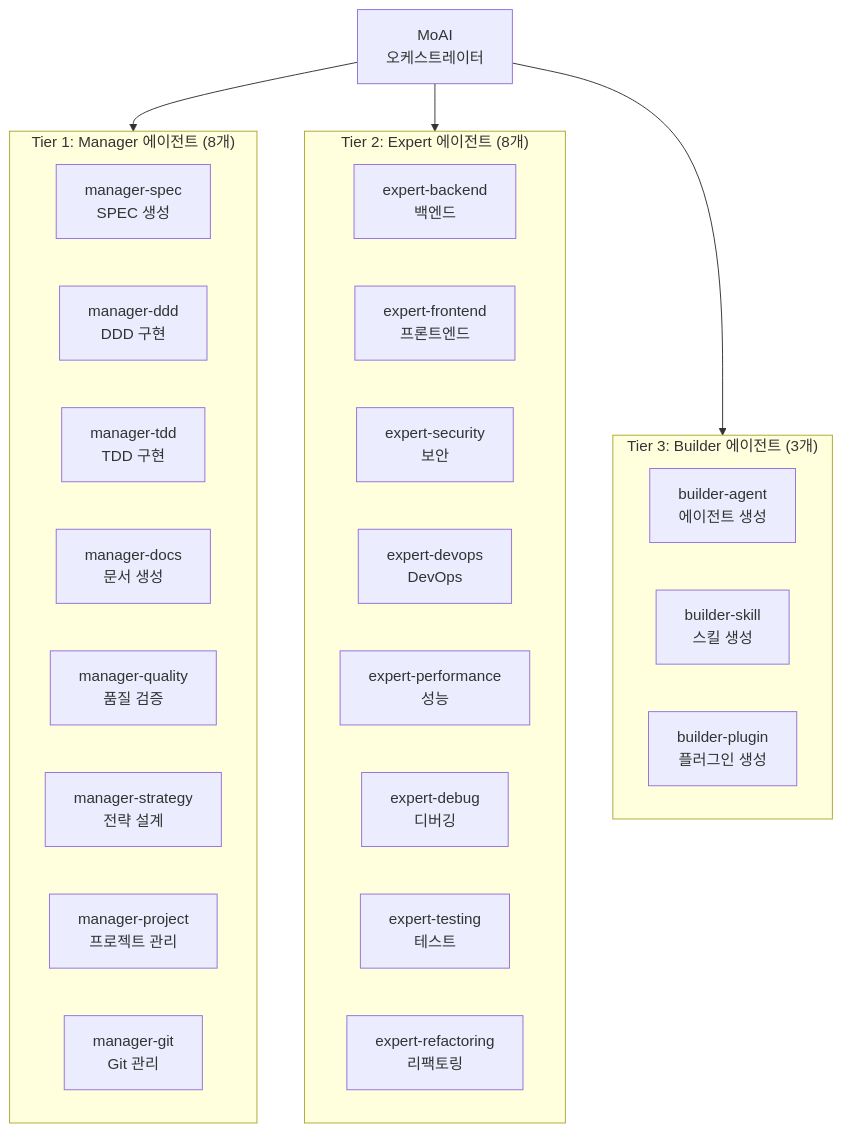
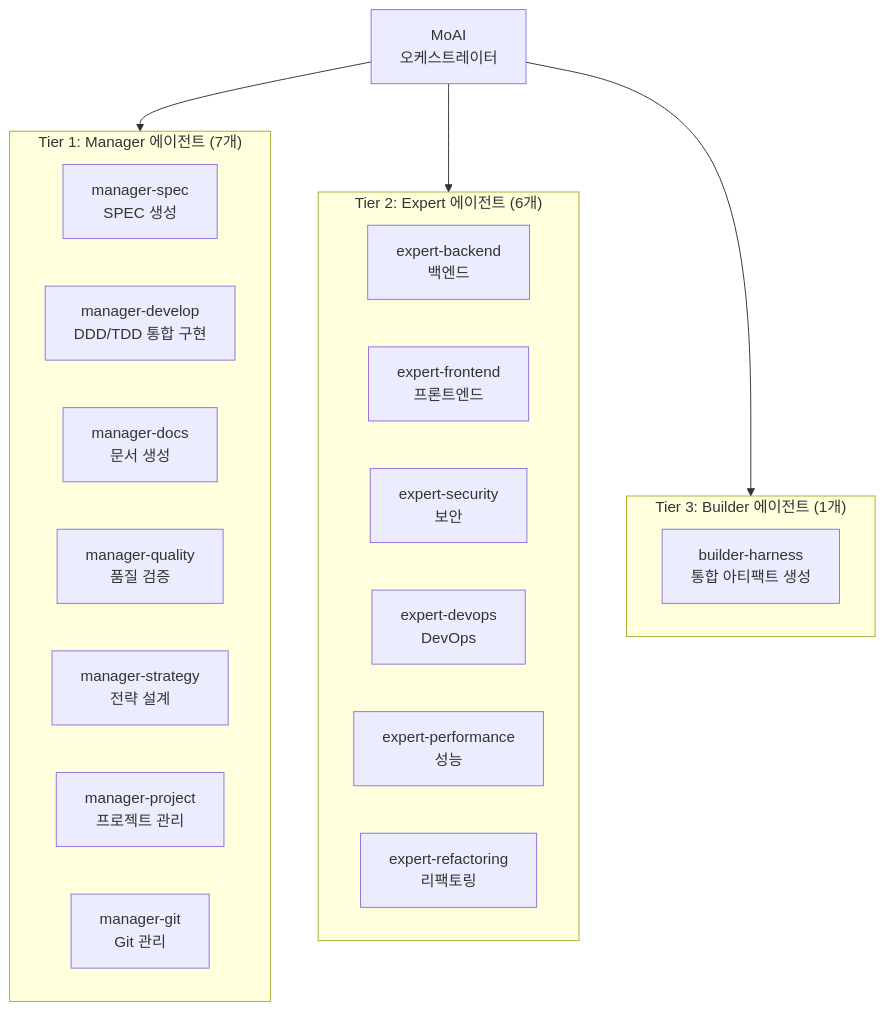
The second of 4 diagrams in docs-site/content/ko/advanced/agent-guide.md (modu-ai/moai-adk), drawn with Mermaid before and after one commit. The commit also changed other lines of this file and 194 other files, not shown here.

````diff
--- a/docs-site/content/ko/advanced/agent-guide.md
+++ b/docs-site/content/ko/advanced/agent-guide.md
@@ -58,36 +58,31 @@
 ```mermaid
 flowchart TD
     MOAI["MoAI<br>오케스트레이터"]
 
-    subgraph TIER1["Tier 1: Manager 에이전트 (8개)"]
+    subgraph TIER1["Tier 1: Manager 에이전트 (7개)"]
         MS["manager-spec<br>SPEC 생성"]
-        MD["manager-ddd<br>DDD 구현"]
-        MT["manager-tdd<br>TDD 구현"]
+        MD["manager-develop<br>DDD/TDD 통합 구현"]
         MDOC["manager-docs<br>문서 생성"]
         MQ["manager-quality<br>품질 검증"]
         MST["manager-strategy<br>전략 설계"]
         MP["manager-project<br>프로젝트 관리"]
         MG["manager-git<br>Git 관리"]
     end
 
-    subgraph TIER2["Tier 2: Expert 에이전트 (8개)"]
+    subgraph TIER2["Tier 2: Expert 에이전트 (6개)"]
         EB["expert-backend<br>백엔드"]
         EF["expert-frontend<br>프론트엔드"]
         ES["expert-security<br>보안"]
         ED["expert-devops<br>DevOps"]
         EP["expert-performance<br>성능"]
-        EDB["expert-debug<br>디버깅"]
-        ET["expert-testing<br>테스트"]
         ER["expert-refactoring<br>리팩토링"]
     end
 
-    subgraph TIER3["Tier 3: Builder 에이전트 (3개)"]
-        BA["builder-agent<br>에이전트 생성"]
-        BS["builder-skill<br>스킬 생성"]
-        BP["builder-plugin<br>플러그인 생성"]
+    subgraph TIER3["Tier 3: Builder 에이전트 (1개)"]
+        BA["builder-harness<br>통합 아티팩트 생성"]
     end
 
     MOAI --> TIER1
     MOAI --> TIER2
     MOAI --> TIER3
 ```
````
